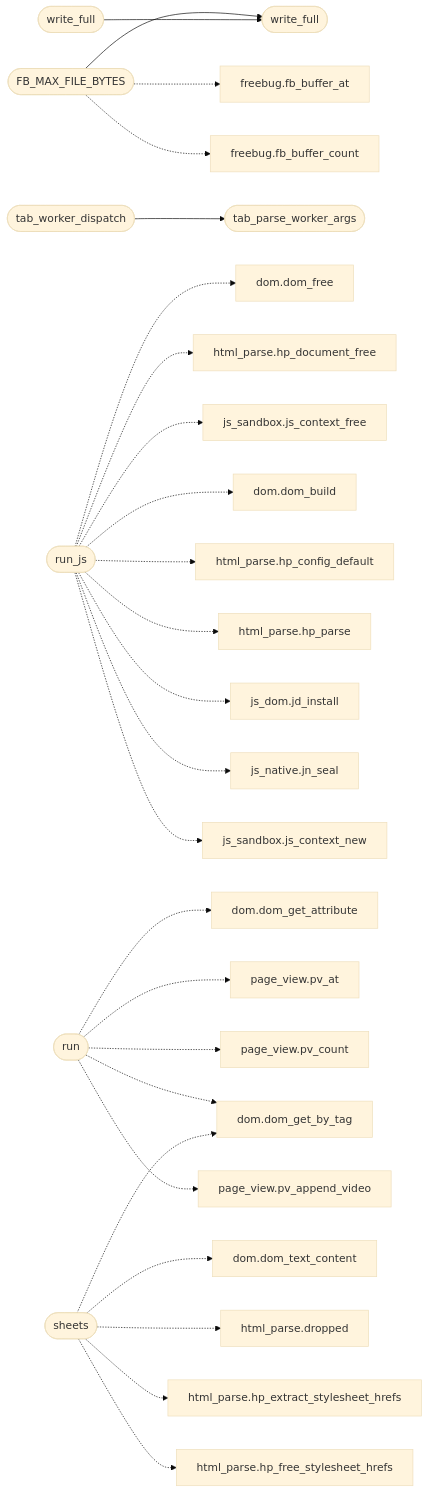
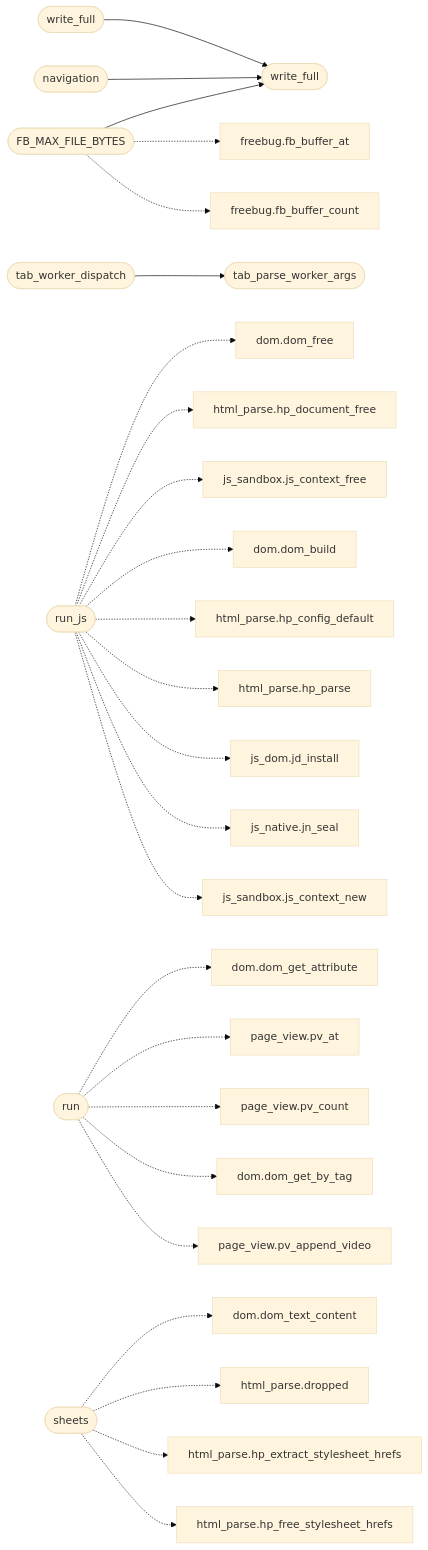
Before and after one commit to grisuno/FreeDom: the second of 2 diagrams in readmenator-apidocs/modules/src.tab.c.md, drawn with Mermaid (base theme). The commit also changed other lines of this file and 244 other files, not shown here.

````diff
--- a/readmenator-apidocs/modules/src.tab.c.md
+++ b/readmenator-apidocs/modules/src.tab.c.md
@@ -45,55 +45,56 @@
 ```mermaid
 flowchart LR
     n_src_tab_c__FB_MAX_FILE_BYTES(["FB_MAX_FILE_BYTES"])
     n_src_tab_c__write_full(["write_full"])
-    n_src_tab_c__write_full_2146(["write_full"])
+    n_src_tab_c__write_full_2217(["write_full"])
+    n_src_tab_c__navigation(["navigation"])
     n_src_tab_c__tab_worker_dispatch(["tab_worker_dispatch"])
     n_src_tab_c__tab_parse_worker_args(["tab_parse_worker_args"])
     n_src_tab_c__run_js(["run_js"])
     n_include_dom_h__dom_free["dom.dom_free"]
     n_include_html_parse_h__hp_document_free["html_parse.hp_document_free"]
     n_include_js_sandbox_h__js_context_free["js_sandbox.js_context_free"]
     n_src_dom_c__dom_build["dom.dom_build"]
     n_src_html_parse_c__hp_config_default["html_parse.hp_config_default"]
     n_src_html_parse_c__hp_parse["html_parse.hp_parse"]
     n_src_js_dom_c__jd_install["js_dom.jd_install"]
     n_src_js_native_c__jn_seal["js_native.jn_seal"]
     n_src_js_sandbox_c__js_context_new["js_sandbox.js_context_new"]
     n_include_freebug_h__fb_buffer_at["freebug.fb_buffer_at"]
     n_include_freebug_h__fb_buffer_count["freebug.fb_buffer_count"]
     n_src_tab_c__run(["run"])
     n_include_dom_h__dom_get_attribute["dom.dom_get_attribute"]
     n_include_page_view_h__pv_at["page_view.pv_at"]
     n_include_page_view_h__pv_count["page_view.pv_count"]
     n_src_dom_c__dom_get_by_tag["dom.dom_get_by_tag"]
     n_src_page_view_c__pv_append_video["page_view.pv_append_video"]
     n_src_tab_c__sheets(["sheets"])
     n_include_dom_h__dom_text_content["dom.dom_text_content"]
     n_include_html_parse_h__dropped["html_parse.dropped"]
     n_include_html_parse_h__hp_extract_stylesheet_hrefs["html_parse.hp_extract_stylesheet_hrefs"]
     n_include_html_parse_h__hp_free_stylesheet_hrefs["html_parse.hp_free_stylesheet_hrefs"]
     n_src_tab_c__FB_MAX_FILE_BYTES --> n_src_tab_c__write_full
-    n_src_tab_c__write_full_2146 --> n_src_tab_c__write_full
+    n_src_tab_c__write_full_2217 --> n_src_tab_c__write_full
+    n_src_tab_c__navigation --> n_src_tab_c__write_full
     n_src_tab_c__tab_worker_dispatch --> n_src_tab_c__tab_parse_worker_args
     n_src_tab_c__run_js -.-> n_include_dom_h__dom_free
     n_src_tab_c__run_js -.-> n_include_html_parse_h__hp_document_free
     n_src_tab_c__run_js -.-> n_include_js_sandbox_h__js_context_free
     n_src_tab_c__run_js -.-> n_src_dom_c__dom_build
     n_src_tab_c__run_js -.-> n_src_html_parse_c__hp_config_default
     n_src_tab_c__run_js -.-> n_src_html_parse_c__hp_parse
     n_src_tab_c__run_js -.-> n_src_js_dom_c__jd_install
     n_src_tab_c__run_js -.-> n_src_js_native_c__jn_seal
     n_src_tab_c__run_js -.-> n_src_js_sandbox_c__js_context_new
     n_src_tab_c__FB_MAX_FILE_BYTES -.-> n_include_freebug_h__fb_buffer_at
     n_src_tab_c__FB_MAX_FILE_BYTES -.-> n_include_freebug_h__fb_buffer_count
     n_src_tab_c__run -.-> n_include_dom_h__dom_get_attribute
     n_src_tab_c__run -.-> n_include_page_view_h__pv_at
     n_src_tab_c__run -.-> n_include_page_view_h__pv_count
     n_src_tab_c__run -.-> n_src_dom_c__dom_get_by_tag
     n_src_tab_c__run -.-> n_src_page_view_c__pv_append_video
     n_src_tab_c__sheets -.-> n_include_dom_h__dom_text_content
     n_src_tab_c__sheets -.-> n_include_html_parse_h__dropped
     n_src_tab_c__sheets -.-> n_include_html_parse_h__hp_extract_stylesheet_hrefs
     n_src_tab_c__sheets -.-> n_include_html_parse_h__hp_free_stylesheet_hrefs
-    n_src_tab_c__sheets -.-> n_src_dom_c__dom_get_by_tag
 ```
````
